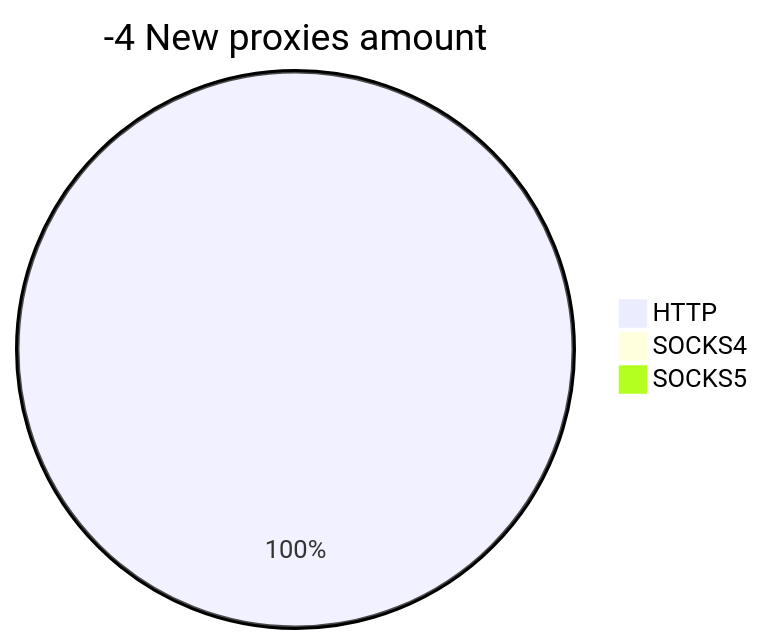
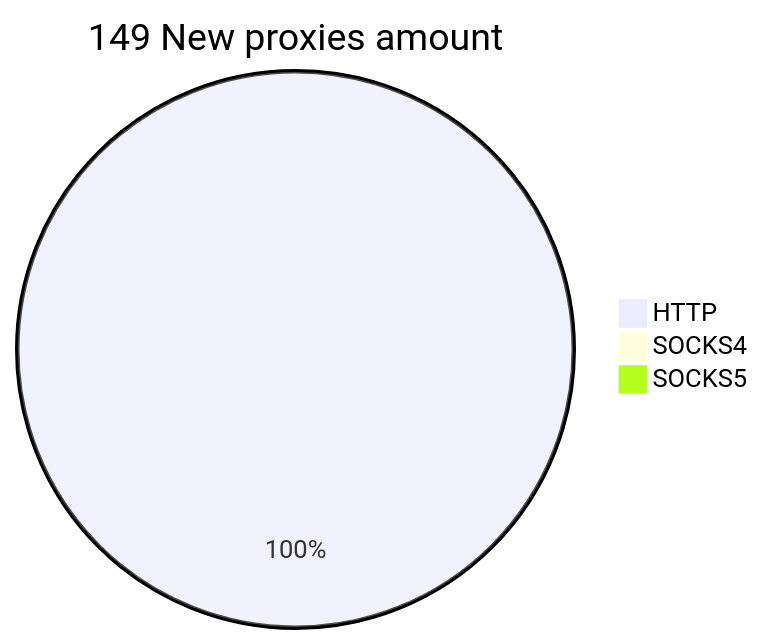
Before and after one commit to cutipu/proxylist: the second of 2 diagrams in README.md, drawn with Mermaid. The commit also changed other lines of this file, not shown here.

````diff
--- a/README.md
+++ b/README.md
@@ -10,6 +10,6 @@
 ```mermaid
-pie title -4 New proxies amount
-    "HTTP" : 3
+pie title 149 New proxies amount
+    "HTTP" : 178
     "SOCKS4" : 0
     "SOCKS5" : 0
 ```
````
